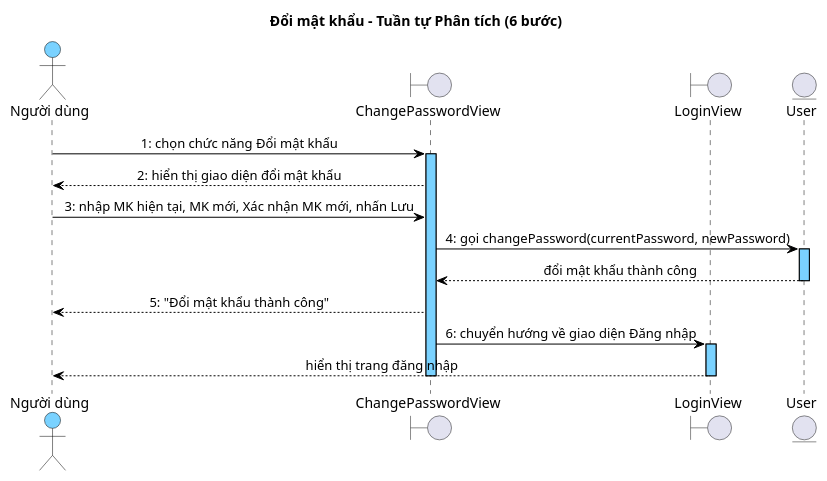
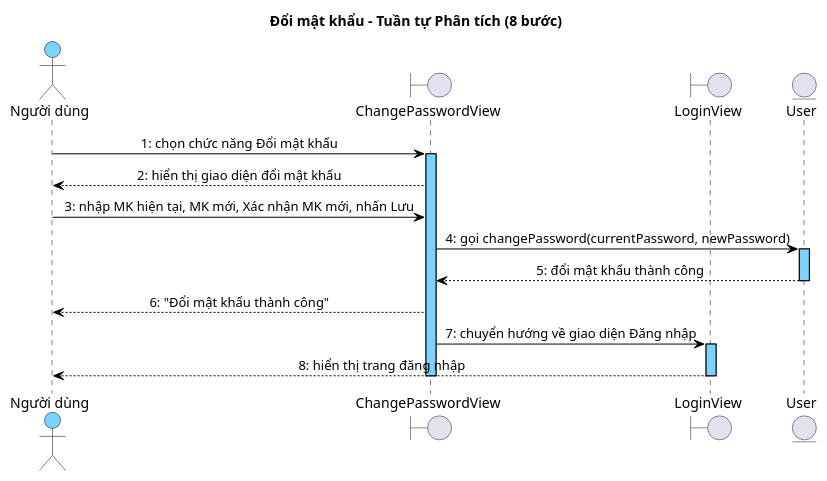
One commit to thanhtrnnn/cnpm changed the fifth of 7 diagrams in docs/tabs/account/ii-analysis.md. Above: the diagram before and after it, drawn with PlantUML. The commit also changed other lines of this file and 19 other files, not shown here.

First line of the commit message:
fix: account sequence diagrams 1:1 step parity (II.4 + III.4) + 4.2 format

````diff
--- a/docs/tabs/account/ii-analysis.md
+++ b/docs/tabs/account/ii-analysis.md
@@ -550,45 +560,45 @@
 ```plantuml
 @startuml
 skinparam shadowing false
 skinparam SequenceMessageAlign left
 skinparam sequenceMessageAlign center
 skinparam sequenceArrowThickness 1
 skinparam sequenceLifeLineBorderColor #000000
 skinparam sequenceLifeLineBackgroundColor #7AD2FF
 skinparam sequenceParticipantBackgroundColor #7AD2FF
 skinparam sequenceParticipantBorderColor #000000
 skinparam sequenceParticipantFontColor #000000
 skinparam sequenceArrowColor #000000
 skinparam sequenceArrowFontColor #000000
 skinparam sequenceGroupBorderColor #000000
 skinparam sequenceGroupBackgroundColor #DDEEFF
 skinparam sequenceDividerBorderColor #000000
 skinparam sequenceDividerBackgroundColor #DDEEFF
 skinparam sequenceMessageFontColor #000000
 skinparam sequenceMessageFontSize 10
 skinparam sequenceActorBorderColor #000000
 skinparam sequenceActorBackgroundColor #7AD2FF
 skinparam sequenceActorFontColor #000000
-title Đổi mật khẩu – Tuần tự Phân tích (6 bước)
+title Đổi mật khẩu – Tuần tự Phân tích (8 bước)
 
 actor "Người dùng" as Actor
 boundary ChangePasswordView as B1
 boundary LoginView as B2
 entity User as E1
 
 Actor -> B1 : 1: chọn chức năng Đổi mật khẩu
 activate B1
 B1 --> Actor : 2: hiển thị giao diện đổi mật khẩu
 Actor -> B1 : 3: nhập MK hiện tại, MK mới, Xác nhận MK mới, nhấn Lưu
 B1 -> E1 : 4: gọi changePassword(currentPassword, newPassword)
 activate E1
-E1 --> B1 : đổi mật khẩu thành công
+E1 --> B1 : 5: đổi mật khẩu thành công
 deactivate E1
-B1 --> Actor : 5: "Đổi mật khẩu thành công"
-B1 -> B2 : 6: chuyển hướng về giao diện Đăng nhập
+B1 --> Actor : 6: "Đổi mật khẩu thành công"
+B1 -> B2 : 7: chuyển hướng về giao diện Đăng nhập
 activate B2
-B2 --> Actor : hiển thị trang đăng nhập
+B2 --> Actor : 8: hiển thị trang đăng nhập
 deactivate B2
 deactivate B1
 @enduml
 ```
````
